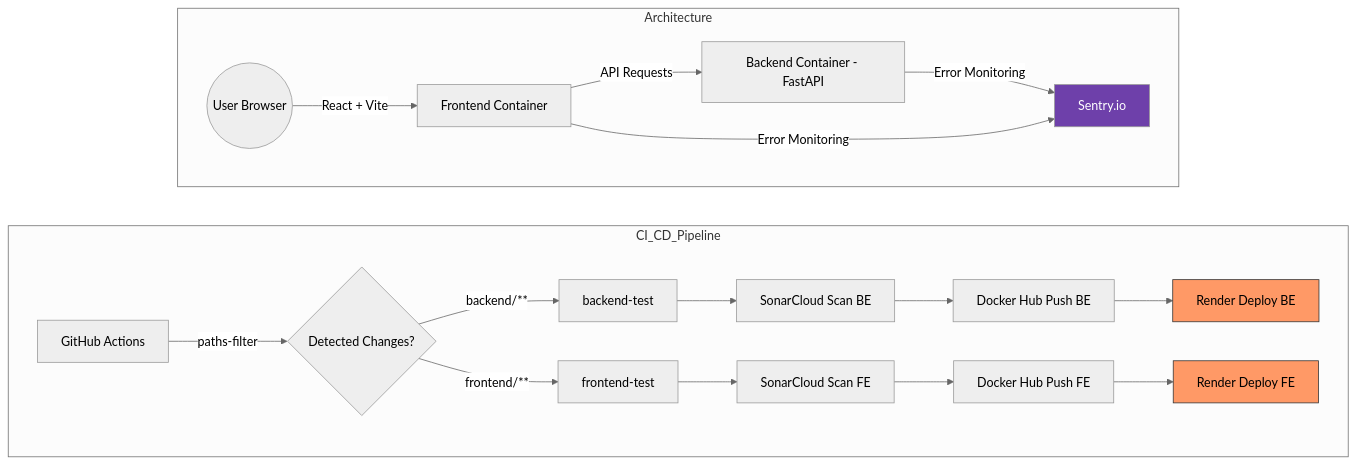
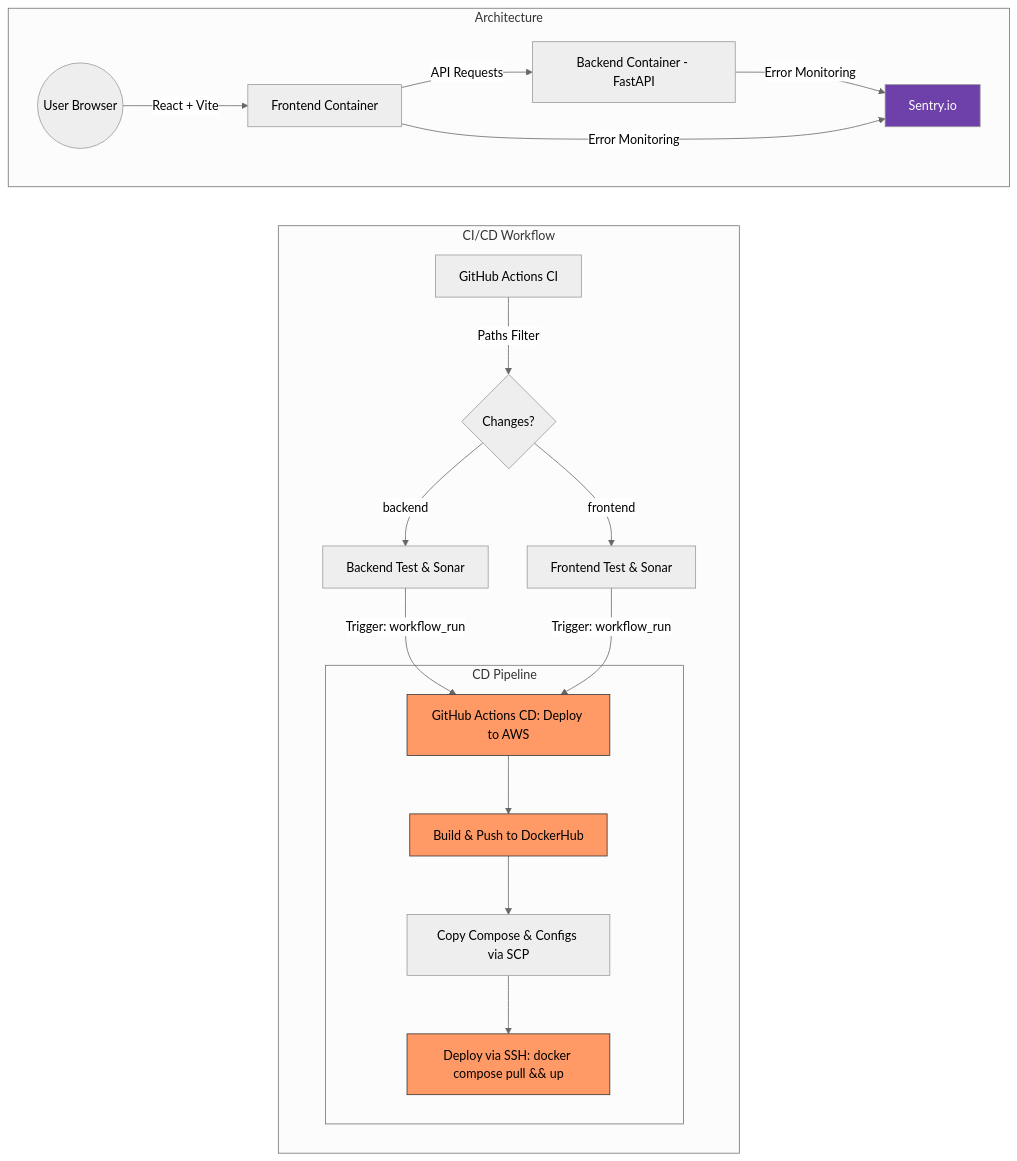
Before and after one commit to Zhuravka-AI/devops-playground: the diagram in README.md, drawn with Mermaid (neutral theme). The commit also changed 2 other files, not shown here.

Commit message:
removed test text. updated diagram in readme

````diff
--- a/README.md
+++ b/README.md
@@ -37,32 +37,34 @@
 ```mermaid
 graph TD
     %% App Architecture
     subgraph Architecture
         User((User Browser)) -->|React + Vite| FE_App[Frontend Container]
         FE_App -->|API Requests| BE_App[Backend Container - FastAPI]
         BE_App -->|Error Monitoring| Sentry[Sentry.io]
         FE_App -->|Error Monitoring| Sentry
     end
 
-    %% Invisible link to force vertical layout
-    Architecture ~~~ CI_CD_Pipeline
+    Architecture ~~~ CI_CD
 
     %% CI/CD Flow
-    subgraph CI_CD_Pipeline
-        GH[GitHub Actions] -->|paths-filter| Filter{Detected Changes?}
+    subgraph CI_CD [CI/CD Workflow]
+        direction TB
+        GH[GitHub Actions CI] -->|Paths Filter| Filter_CI{Changes?}
         
-        Filter -->|backend/**| BE_Test[backend-test]
-        BE_Test --> BE_Sonar[SonarCloud Scan BE]
-        BE_Sonar --> BE_Push[Docker Hub Push BE]
-        BE_Push --> BE_Render[Render Deploy BE]
+        Filter_CI -->|backend| BE_Test[Backend Test & Sonar]
+        Filter_CI -->|frontend| FE_Test[Frontend Test & Sonar]
         
-        Filter -->|frontend/**| FE_Test[frontend-test]
-        FE_Test --> FE_Sonar[SonarCloud Scan FE]
-        FE_Sonar --> FE_Push[Docker Hub Push FE]
-        FE_Push --> FE_Render[Render Deploy FE]
+        BE_Test & FE_Test -->|Trigger: workflow_run| CD[GitHub Actions CD: Deploy to AWS]
+        
+        subgraph CD_Pipeline [CD Pipeline]
+            CD --> Build[Build & Push to DockerHub]
+            Build --> SCP[Copy Compose & Configs via SCP]
+            SCP --> SSH[Deploy via SSH: docker compose pull && up]
+        end
     end
 
-    style BE_Render fill:#f96,stroke:#333
-    style FE_Render fill:#f96,stroke:#333
+    style CD fill:#f96,stroke:#333
+    style Build fill:#f96,stroke:#333
+    style SSH fill:#f96,stroke:#333
     style Sentry fill:#6e40aa,color:#fff
 ```
````
